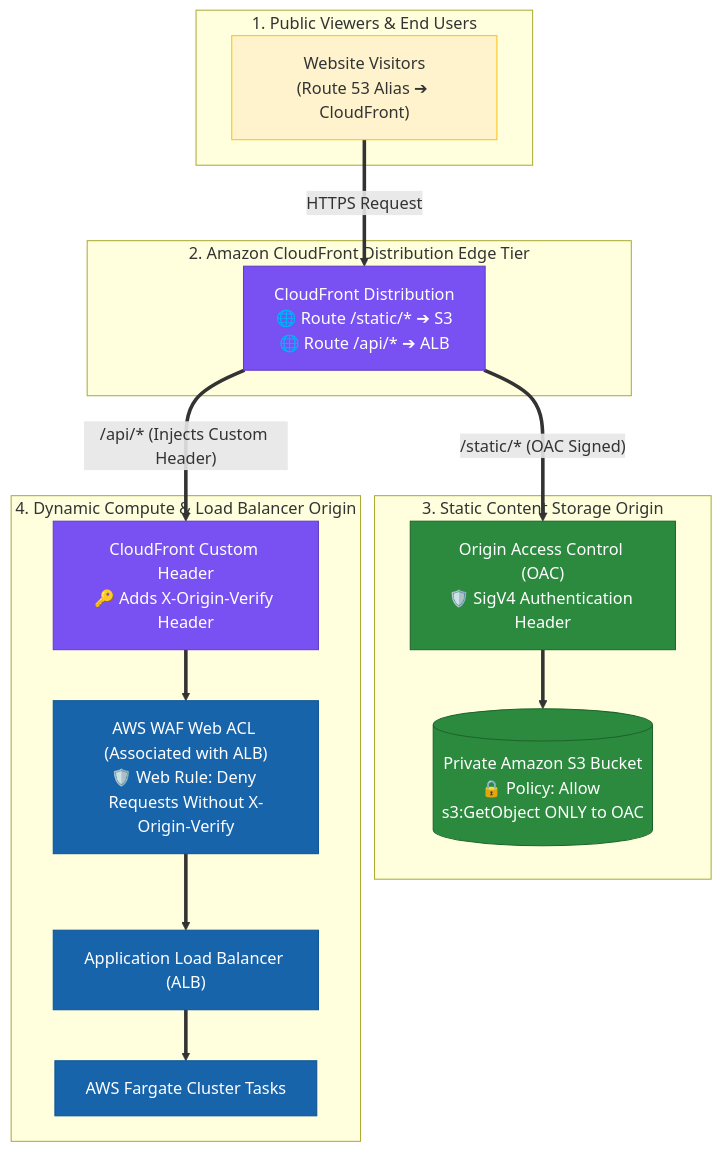
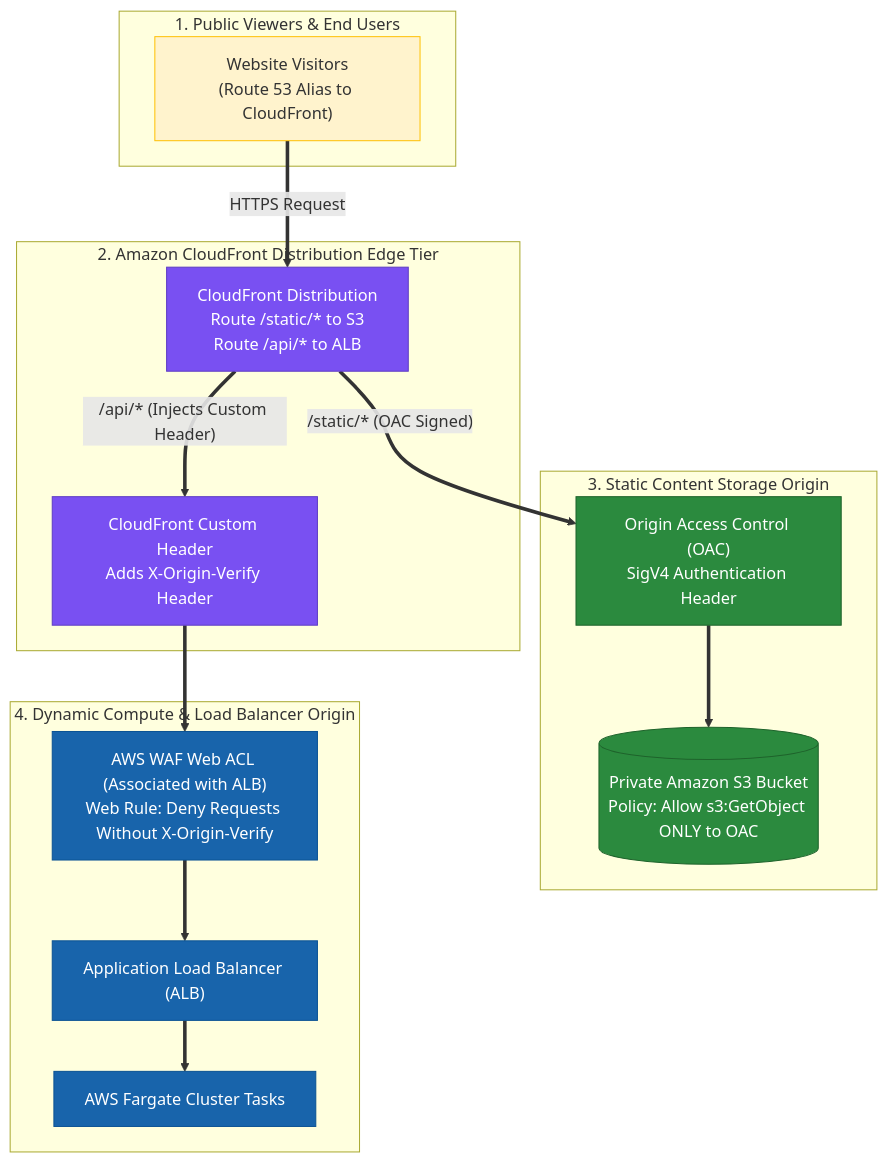
Diagram 13 of 20 in Professional/3.3 Global service offerings (for example, AWS Global Accelerator, Amazon CloudFront, edge computing services).md (ReginRavi/AIP-C01), drawn with Mermaid before and after one commit. The commit also changed other lines of this file and 1 other file, not shown here.

Commit message:
Fix mermaid diagram syntax in Global service offerings and High-performing systems architectures notes

````diff
--- a/Professional/3.3 Global service offerings (for example, AWS Global Accelerator, Amazon CloudFront, edge computing services).md
+++ b/Professional/3.3 Global service offerings (for example, AWS Global Accelerator, Amazon CloudFront, edge computing services).md
@@ -667,37 +686,41 @@
 ```mermaid
 flowchart TD
     subgraph Viewers ["1. Public Viewers & End Users"]
-        User["Website Visitors<br/>(Route 53 Alias ➔ CloudFront)"]
+        User["Website Visitors<br/>(Route 53 Alias to CloudFront)"]
     end
 
     subgraph CloudFrontEdge ["2. Amazon CloudFront Distribution Edge Tier"]
-        CF["CloudFront Distribution<br/>🌐 Route /static/* ➔ S3<br/>🌐 Route /api/* ➔ ALB"]
-        User ==>|"HTTPS Request"| CF
+        CF["CloudFront Distribution<br/>Route /static/* to S3<br/>Route /api/* to ALB"]
+        CustomHeader["CloudFront Custom Header<br/>Adds X-Origin-Verify Header"]
     end
 
     subgraph StaticOrigin ["3. Static Content Storage Origin"]
-        OAC["Origin Access Control (OAC)<br/>🛡️ SigV4 Authentication Header"]
-        S3Bucket[("Private Amazon S3 Bucket<br/>🔒 Policy: Allow s3:GetObject ONLY to OAC")]
-
-        CF ==>|"/static/* (OAC Signed)"| OAC ==> S3Bucket
+        OAC["Origin Access Control (OAC)<br/>SigV4 Authentication Header"]
+        S3Bucket[("Private Amazon S3 Bucket<br/>Policy: Allow s3:GetObject ONLY to OAC")]
     end
 
     subgraph DynamicOrigin ["4. Dynamic Compute & Load Balancer Origin"]
-        CustomHeader["CloudFront Custom Header<br/>🔑 Adds X-Origin-Verify Header"]
-        WAF_ALB["AWS WAF Web ACL (Associated with ALB)<br/>🛡️ Web Rule: Deny Requests Without X-Origin-Verify"]
+        WAF_ALB["AWS WAF Web ACL (Associated with ALB)<br/>Web Rule: Deny Requests Without X-Origin-Verify"]
         ALB["Application Load Balancer (ALB)"]
         Fargate["AWS Fargate Cluster Tasks"]
+    end
 
-        CF ==>|"/api/* (Injects Custom Header)"| CustomHeader ==> WAF_ALB ==> ALB ==> Fargate
-    end
+    User ==>|"HTTPS Request"| CF
+    CF ==>|"/static/* (OAC Signed)"| OAC
+    OAC ==> S3Bucket
+
+    CF ==>|"/api/* (Injects Custom Header)"| CustomHeader
+    CustomHeader ==> WAF_ALB
+    WAF_ALB ==> ALB
+    ALB ==> Fargate
 
     classDef viewer fill:#fff3cd,stroke:#ffc107,stroke-width:1px;
     classDef cf fill:#7950f2,stroke:#5f3dc4,color:#ffffff;
     classDef s3 fill:#2b8a3e,stroke:#1e632b,color:#ffffff;
     classDef alb fill:#1864ab,stroke:#0b5394,color:#ffffff;
 
     class User viewer;
     class CF,CustomHeader cf;
     class OAC,S3Bucket s3;
     class WAF_ALB,ALB,Fargate alb;
 ```
````
